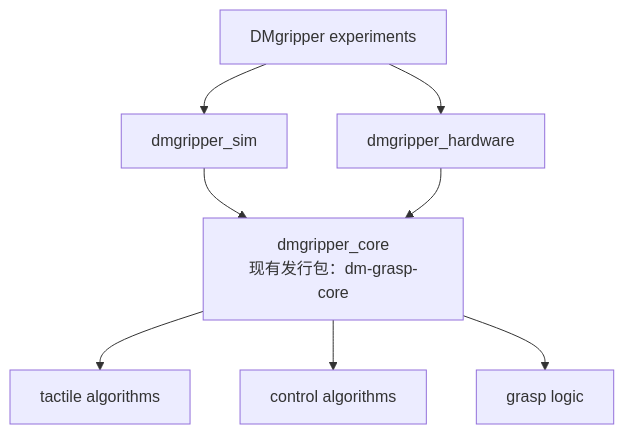
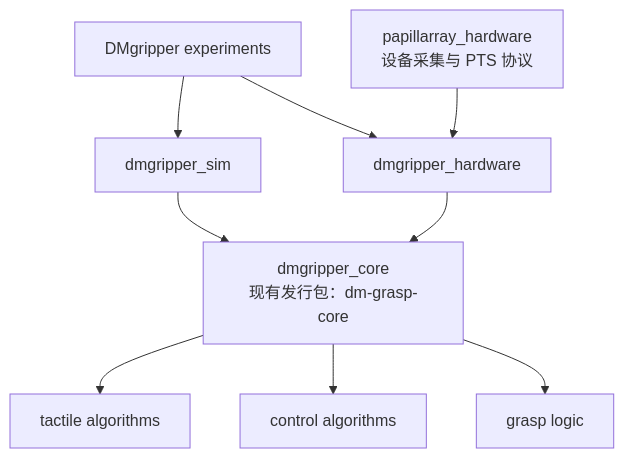
One commit to langxin11/parallel_gripper_tactile changed the diagram in docs/python-hardware-roadmap.md. Above: the diagram before and after it, drawn with Mermaid. The commit also changed other lines of this file and 18 other files, not shown here.

````diff
--- a/docs/python-hardware-roadmap.md
+++ b/docs/python-hardware-roadmap.md
@@ -50,18 +51,19 @@
 ```mermaid
 flowchart TB
   Experiments["DMgripper experiments"]
   Sim["dmgripper_sim"]
   Real["dmgripper_hardware"]
   Core["dmgripper_core<br/>现有发行包：dm-grasp-core"]
   Tactile["tactile algorithms"]
   Control["control algorithms"]
   Grasp["grasp logic"]
 
   Experiments --> Sim
   Experiments --> Real
   Sim --> Core
   Real --> Core
+  TactileDevice["papillarray_hardware<br/>设备采集与 PTS 协议"] --> Real
   Core --> Tactile
   Core --> Control
   Core --> Grasp
 ```
````
